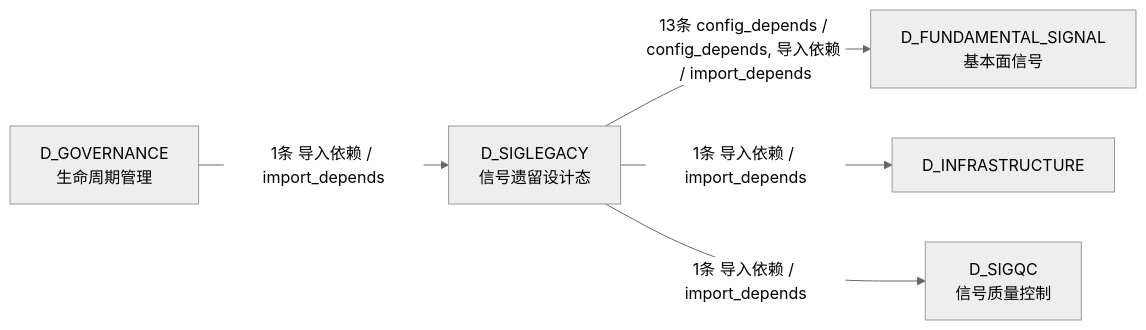
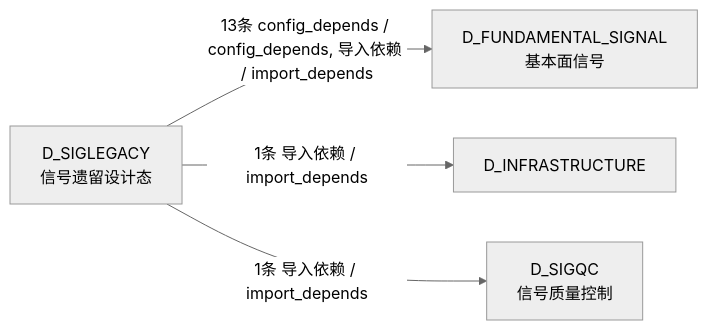
One commit to xuanFelixVan/ZephyrAlpha changed the third of 3 diagrams in docs/02_enterprise_architecture/02_domain_architecture_docs/63_d_siglegacy.md. Above: the diagram before and after it, drawn with Mermaid (neutral theme). The commit also changed other lines of this file and 126 other files, not shown here.

````diff
--- a/docs/02_enterprise_architecture/02_domain_architecture_docs/63_d_siglegacy.md
+++ b/docs/02_enterprise_architecture/02_domain_architecture_docs/63_d_siglegacy.md
@@ -222,12 +213,10 @@
 ```mermaid
 graph LR
     D_SIGLEGACY["D_SIGLEGACY<br/>信号遗留设计态"]
     D_FUNDAMENTAL_SIGNAL["D_FUNDAMENTAL_SIGNAL<br/>基本面信号"]
     D_INFRASTRUCTURE["D_INFRASTRUCTURE"]
     D_SIGQC["D_SIGQC<br/>信号质量控制"]
-    D_GOVERNANCE["D_GOVERNANCE<br/>生命周期管理"]
     D_SIGLEGACY -->|13条 config_depends / config_depends, 导入依赖 / import_depends| D_FUNDAMENTAL_SIGNAL
     D_SIGLEGACY -->|1条 导入依赖 / import_depends| D_INFRASTRUCTURE
     D_SIGLEGACY -->|1条 导入依赖 / import_depends| D_SIGQC
-    D_GOVERNANCE -->|1条 导入依赖 / import_depends| D_SIGLEGACY
 ```
````
